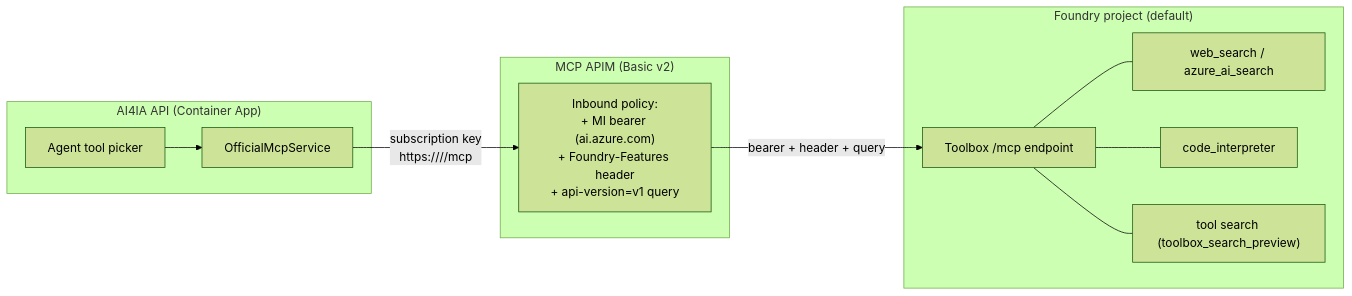
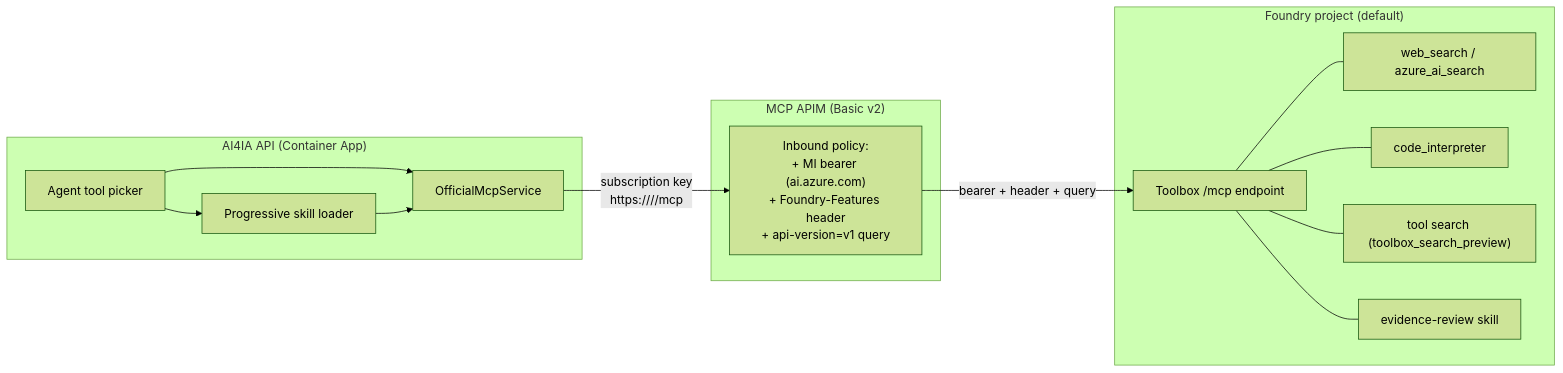
One commit to ian-t-adams/AI4IA changed the diagram in docs/foundry-toolbox.md. Above: the diagram before and after it, drawn with Mermaid (forest theme). The commit also changed other lines of this file and 101 other files, not shown here.

````diff
--- a/docs/foundry-toolbox.md
+++ b/docs/foundry-toolbox.md
@@ -61,19 +62,23 @@
 ```mermaid
 flowchart LR
     subgraph app["AI4IA API (Container App)"]
         picker["Agent tool picker"]
+        skills["Progressive skill loader"]
         mcpsvc["OfficialMcpService"]
     end
     subgraph apim["MCP APIM (Basic v2)"]
         pol["Inbound policy:\n+ MI bearer (ai.azure.com)\n+ Foundry-Features header\n+ api-version=v1 query"]
     end
     subgraph foundry["Foundry project (default)"]
         tb["Toolbox /mcp endpoint"]
         t1["web_search / azure_ai_search"]
         t2["code_interpreter"]
         t3["tool search (toolbox_search_preview)"]
+        s1["evidence-review skill"]
     end
-    picker --> mcpsvc -->|"subscription key\nhttps://<mcp-apim>/<name>/mcp"| pol
+    picker --> mcpsvc
+    picker --> skills --> mcpsvc
+    mcpsvc -->|"subscription key\nhttps://<mcp-apim>/<name>/mcp"| pol
     pol -->|"bearer + header + query"| tb
-    tb --- t1 & t2 & t3
+    tb --- t1 & t2 & t3 & s1
 ```
````
